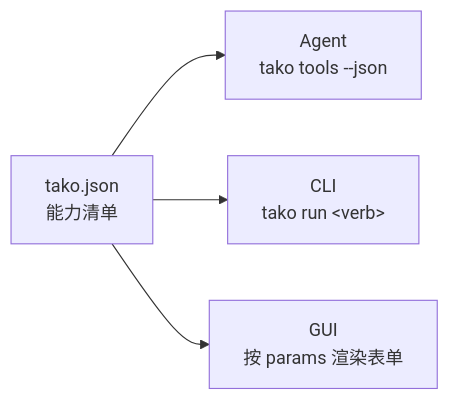
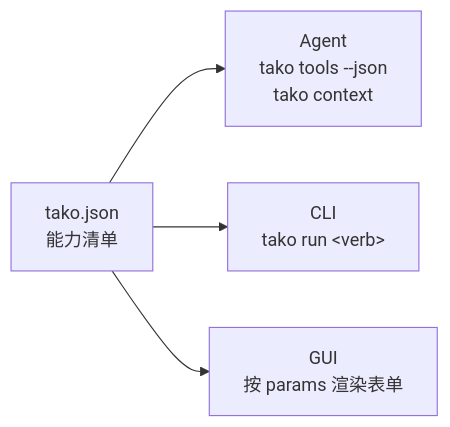
The diagram in README.md (1623311678/Tako), drawn with Mermaid before and after one commit. The commit also changed other lines of this file and 7 other files, not shown here.

````diff
--- a/README.md
+++ b/README.md
@@ -12,6 +12,6 @@
 ```mermaid
 flowchart LR
-  M["tako.json<br/>能力清单"] --> A["Agent<br/>tako tools --json"]
+  M["tako.json<br/>能力清单"] --> A["Agent<br/>tako tools --json<br/>tako context"]
   M --> C["CLI<br/>tako run &lt;verb&gt;"]
   M --> G["GUI<br/>按 params 渲染表单"]
 ```
````
